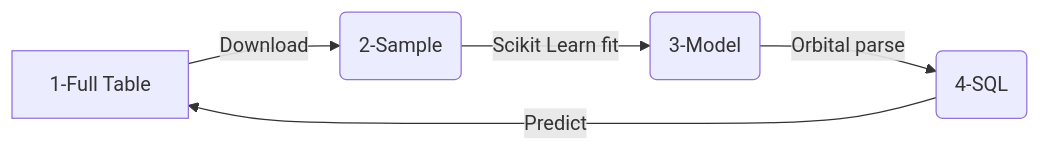
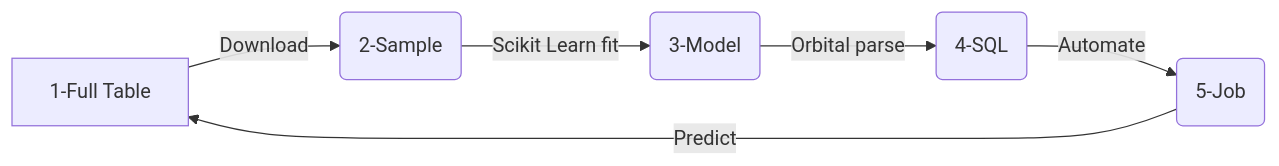
Before and after one commit to edgararuiz/talks: the diagram in orbiting/databricks_orbital_sklearn.qmd, drawn with Mermaid. The commit also changed other lines of this file, not shown here.

Commit message:
Adds Databricks Jobs mentions to Approach and its diagram

````diff
--- a/orbiting/databricks_orbital_sklearn.qmd
+++ b/orbiting/databricks_orbital_sklearn.qmd
@@ -34,7 +36,8 @@
 ```{mermaid}
 flowchart LR
   A[1-Full Table] --Download--> B(2-Sample) 
   B--Scikit Learn fit-->C(3-Model)
   C--Orbital parse-->D(4-SQL)
-  D--Predict-->A
+  D--Automate-->E(5-Job)
+  E--Predict-->A
 ```
````
